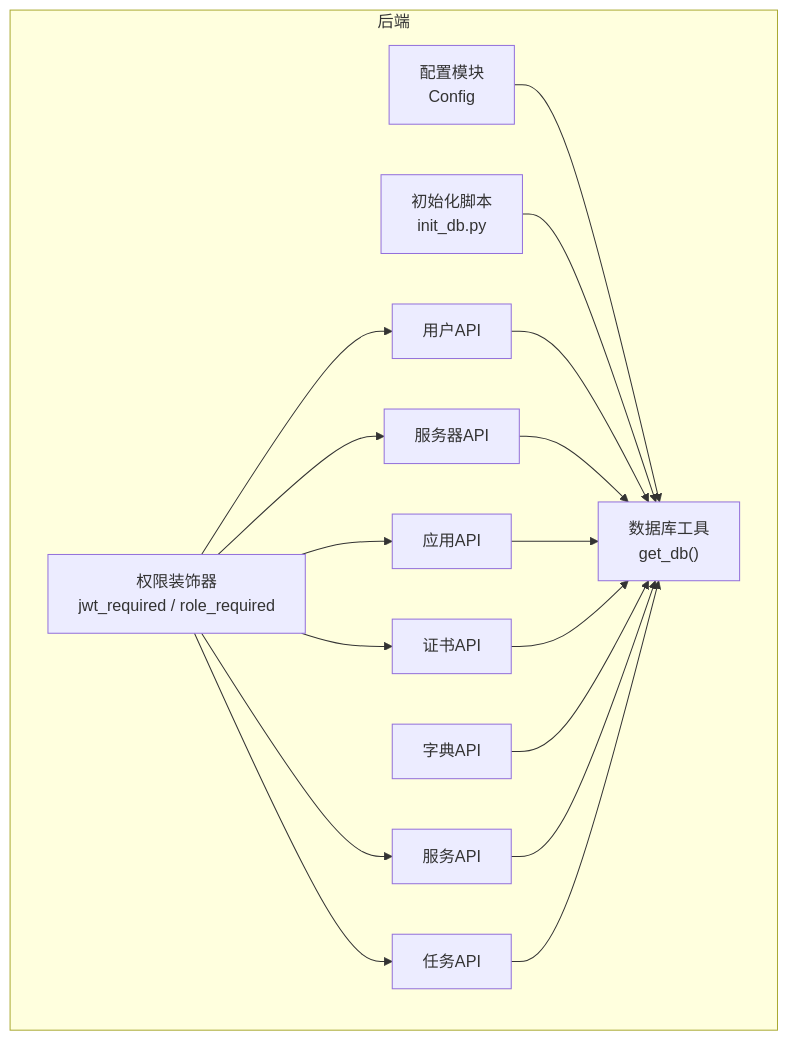
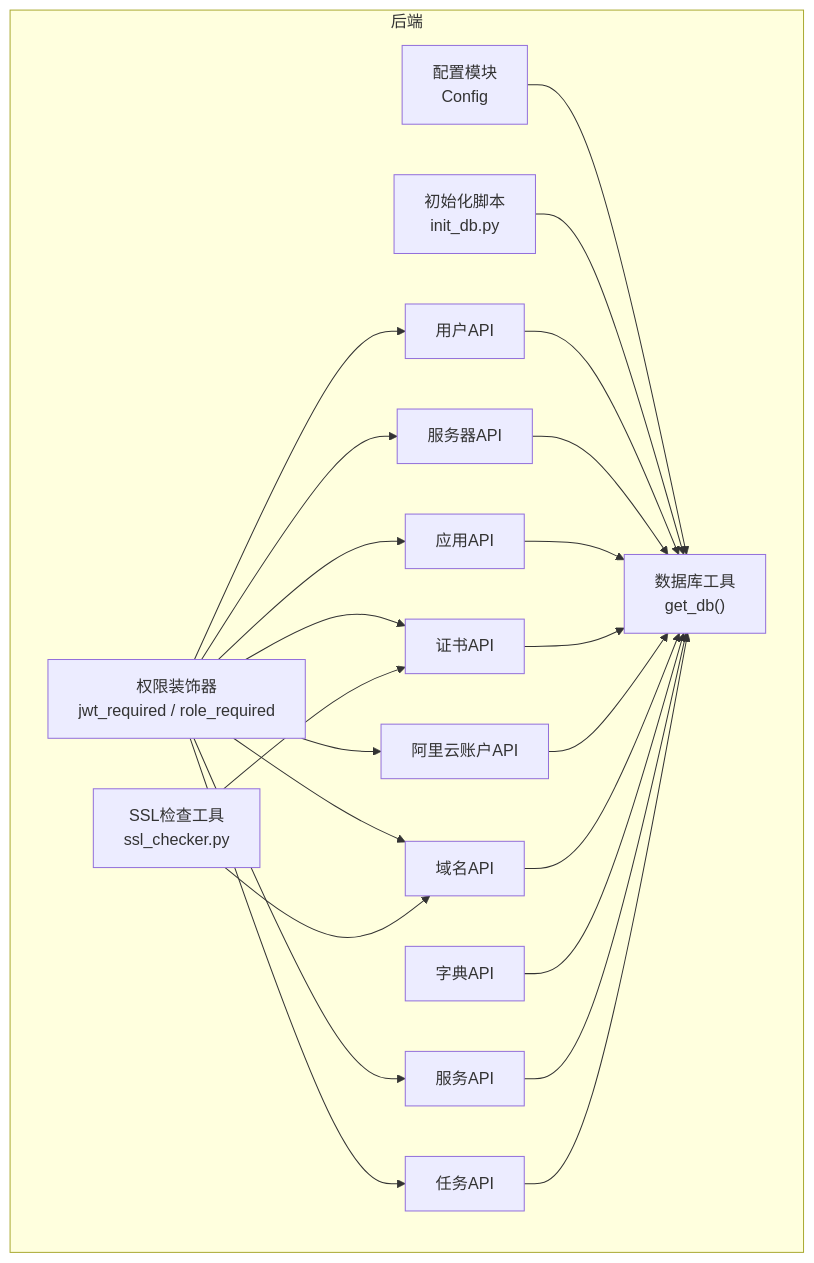
One commit to ismine3/OPS changed the first of 6 diagrams in .qoder/repowiki/zh/content/数据库设计.md. Above: the diagram before and after it, drawn with Mermaid. The commit also changed other lines of this file and 8 other files, not shown here.

````diff
--- a/.qoder/repowiki/zh/content/数据库设计.md
+++ b/.qoder/repowiki/zh/content/数据库设计.md
@@ -38,31 +44,40 @@
 ```mermaid
 graph TB
 subgraph "后端"
 CFG["配置模块<br/>Config"]
 DBU["数据库工具<br/>get_db()"]
 INIT["初始化脚本<br/>init_db.py"]
 API_USERS["用户API"]
 API_SERVERS["服务器API"]
 API_APPS["应用API"]
 API_CERTS["证书API"]
+API_ALIYUN_ACCOUNTS["阿里云账户API"]
+API_DOMAINS["域名API"]
 API_DICTS["字典API"]
 API_SERVICES["服务API"]
 API_TASKS["任务API"]
 DECOR["权限装饰器<br/>jwt_required / role_required"]
+SSLUTIL["SSL检查工具<br/>ssl_checker.py"]
 end
 CFG --> DBU
 INIT --> DBU
 API_USERS --> DBU
 API_SERVERS --> DBU
 API_APPS --> DBU
 API_CERTS --> DBU
+API_ALIYUN_ACCOUNTS --> DBU
+API_DOMAINS --> DBU
 API_DICTS --> DBU
 API_SERVICES --> DBU
 API_TASKS --> DBU
 DECOR --> API_USERS
 DECOR --> API_SERVERS
 DECOR --> API_APPS
 DECOR --> API_CERTS
+DECOR --> API_ALIYUN_ACCOUNTS
+DECOR --> API_DOMAINS
 DECOR --> API_SERVICES
 DECOR --> API_TASKS
+SSLUTIL --> API_CERTS
+SSLUTIL --> API_DOMAINS
 ```
````
